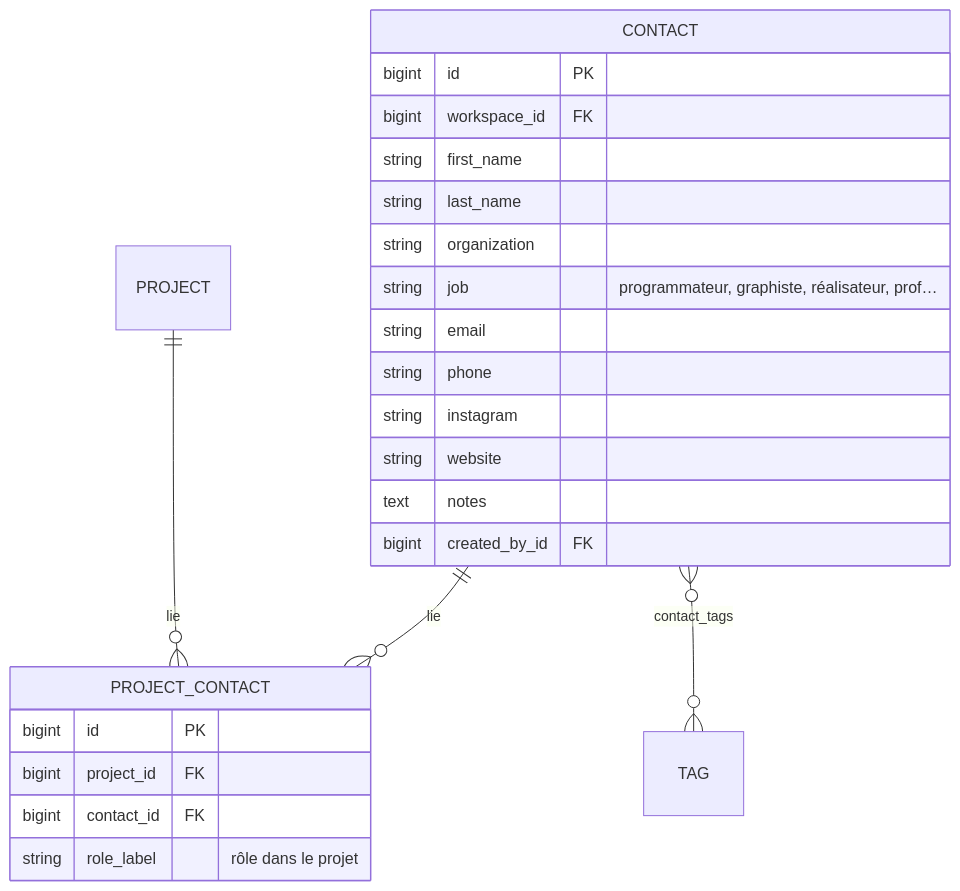
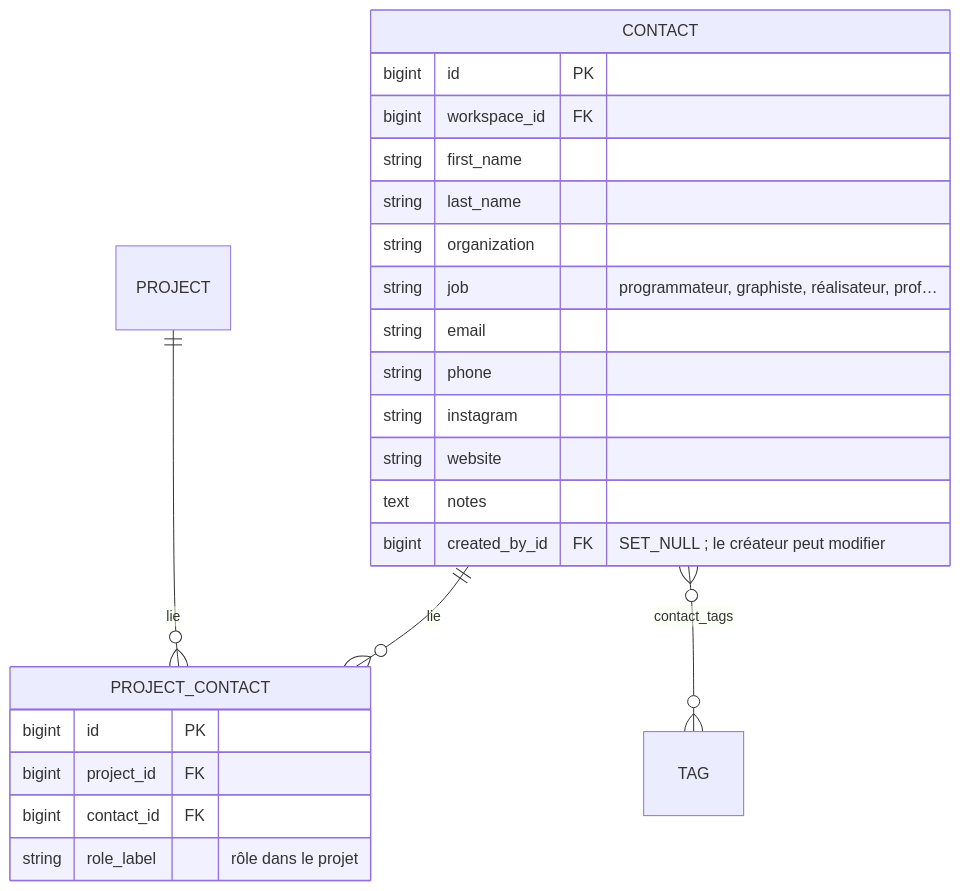
One commit to lucagslr/sobased changed the fourth of 7 diagrams in DATABASE_SCHEMA.md. Above: the diagram before and after it, drawn with Mermaid. The commit also changed other lines of this file and 71 other files, not shown here.

````diff
--- a/DATABASE_SCHEMA.md
+++ b/DATABASE_SCHEMA.md
@@ -295,26 +297,26 @@
 ```mermaid
 erDiagram
     CONTACT {
         bigint id PK
         bigint workspace_id FK
         string first_name
         string last_name
         string organization
         string job "programmateur, graphiste, réalisateur, prof…"
         string email
         string phone
         string instagram
         string website
         text notes
-        bigint created_by_id FK
+        bigint created_by_id FK "SET_NULL ; le créateur peut modifier"
     }
     PROJECT_CONTACT {
         bigint id PK
         bigint project_id FK
         bigint contact_id FK
         string role_label "rôle dans le projet"
     }
     CONTACT ||--o{ PROJECT_CONTACT : "lie"
     PROJECT ||--o{ PROJECT_CONTACT : "lie"
     CONTACT }o--o{ TAG : "contact_tags"
 ```
````
